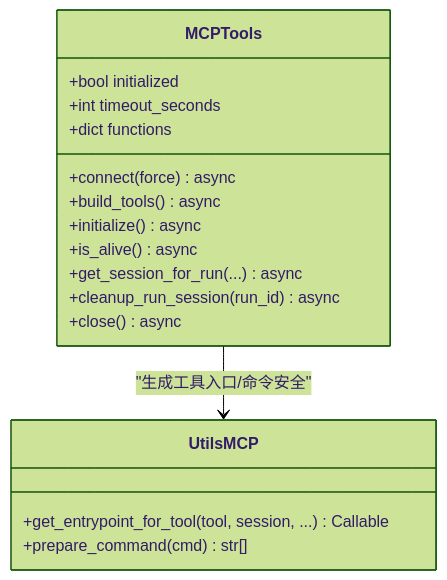
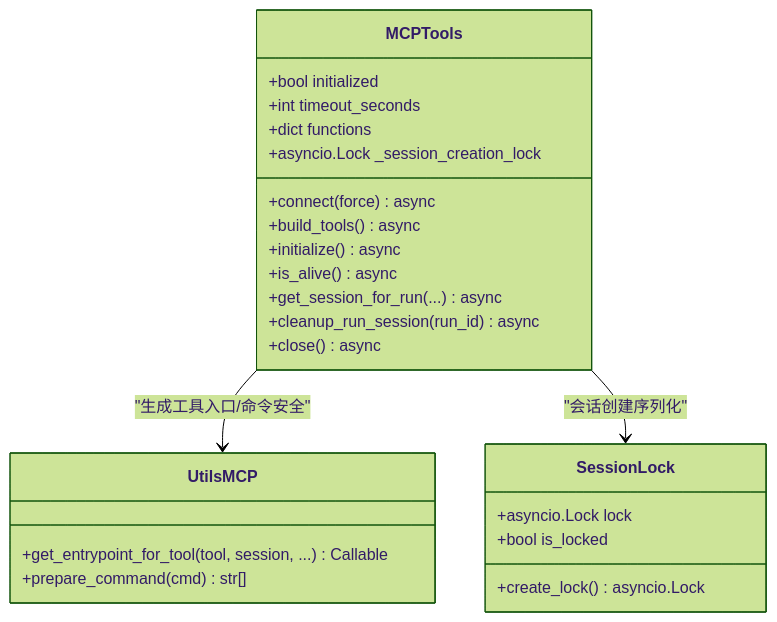
One commit to defulat-coder/agno-learn changed the third of 7 diagrams in .qoder/repowiki/zh/content/工具系统/MCP 工具.md. Above: the diagram before and after it, drawn with Mermaid (forest theme). The commit also changed other lines of this file and 1683 other files, not shown here.

````diff
--- a/.qoder/repowiki/zh/content/工具系统/MCP 工具.md
+++ b/.qoder/repowiki/zh/content/工具系统/MCP 工具.md
@@ -164,20 +165,27 @@
 ```mermaid
 classDiagram
 class MCPTools {
 +bool initialized
 +int timeout_seconds
 +dict functions
 +connect(force) async
 +build_tools() async
 +initialize() async
 +is_alive() async
 +get_session_for_run(...) async
 +cleanup_run_session(run_id) async
 +close() async
++asyncio.Lock _session_creation_lock
 }
 class UtilsMCP {
 +get_entrypoint_for_tool(tool, session, ...) Callable
 +prepare_command(cmd) str[]
 }
+class SessionLock {
++asyncio.Lock lock
++bool is_locked
++create_lock() asyncio.Lock
+}
 MCPTools --> UtilsMCP : "生成工具入口/命令安全"
+MCPTools --> SessionLock : "会话创建序列化"
 ```
````
